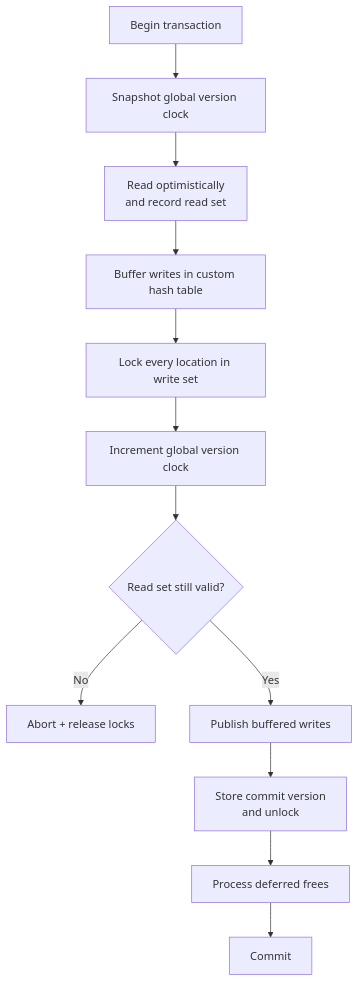
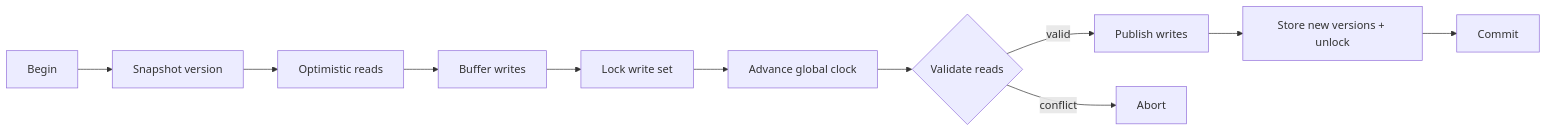
One commit to JonKuqi/transactional-memory changed the first of 2 diagrams in README.md. Above: the diagram before and after it, drawn with Mermaid. The commit also changed other lines of this file, not shown here.

Commit message:
Improve README structure and TL2 diagrams

````diff
--- a/README.md
+++ b/README.md
@@ -44,14 +35,13 @@
 ```mermaid
-flowchart TD
-    B[Begin transaction] --> S[Snapshot global version clock]
-    S --> R[Read optimistically\nand record read set]
-    R --> W[Buffer writes in custom hash table]
-    W --> L[Lock every location in write set]
-    L --> C[Increment global version clock]
-    C --> V{Read set still valid?}
-    V -->|No| A[Abort + release locks]
-    V -->|Yes| P[Publish buffered writes]
-    P --> U[Store commit version\nand unlock]
-    U --> F[Process deferred frees]
-    F --> D[Commit]
+flowchart LR
+    B[Begin] --> S[Snapshot version]
+    S --> R[Optimistic reads]
+    R --> W[Buffer writes]
+    W --> L[Lock write set]
+    L --> C[Advance global clock]
+    C --> V{Validate reads}
+    V -->|valid| P[Publish writes]
+    P --> U[Store new versions + unlock]
+    U --> D[Commit]
+    V -->|conflict| A[Abort]
 ```
````
